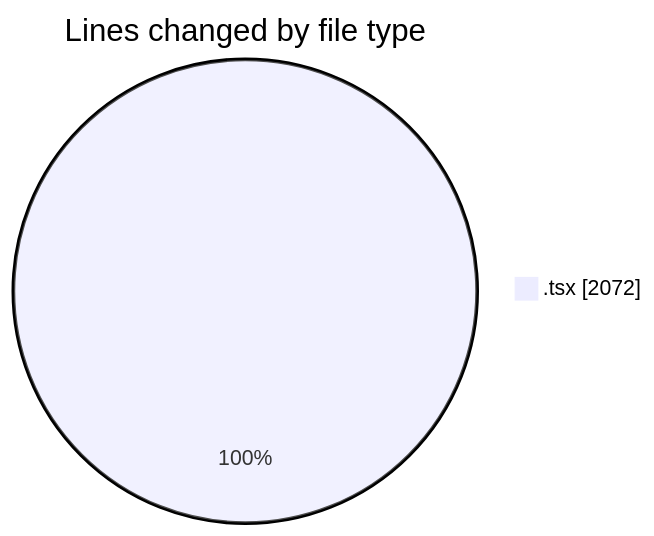
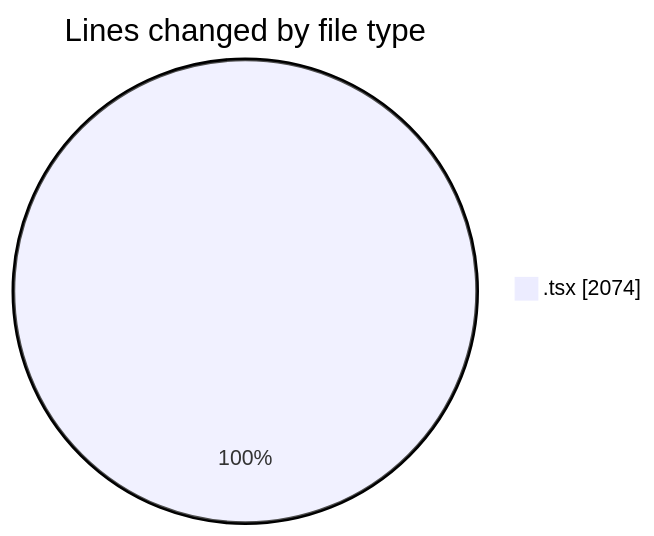
Before and after one commit to nxtqubesakshisongat/code-tracking: the first of 2 diagrams in 2026-03-22/nxtqube_webapp/README.md, drawn with Mermaid. The commit also changed other lines of this file and 1 other file, not shown here.

````diff
--- a/2026-03-22/nxtqube_webapp/README.md
+++ b/2026-03-22/nxtqube_webapp/README.md
@@ -22,5 +22,5 @@
 ```mermaid
 pie showData
 title Lines changed by file type
-".tsx" : 2072
+".tsx" : 2074
 ```
````
